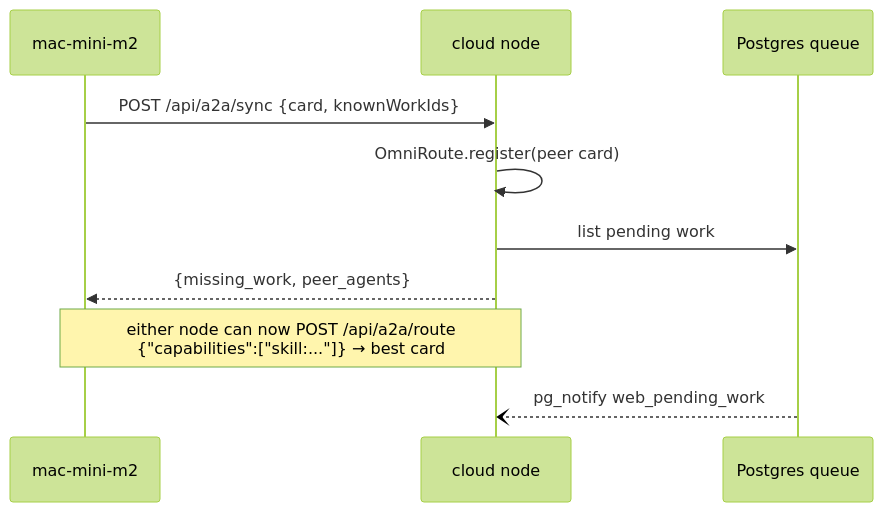
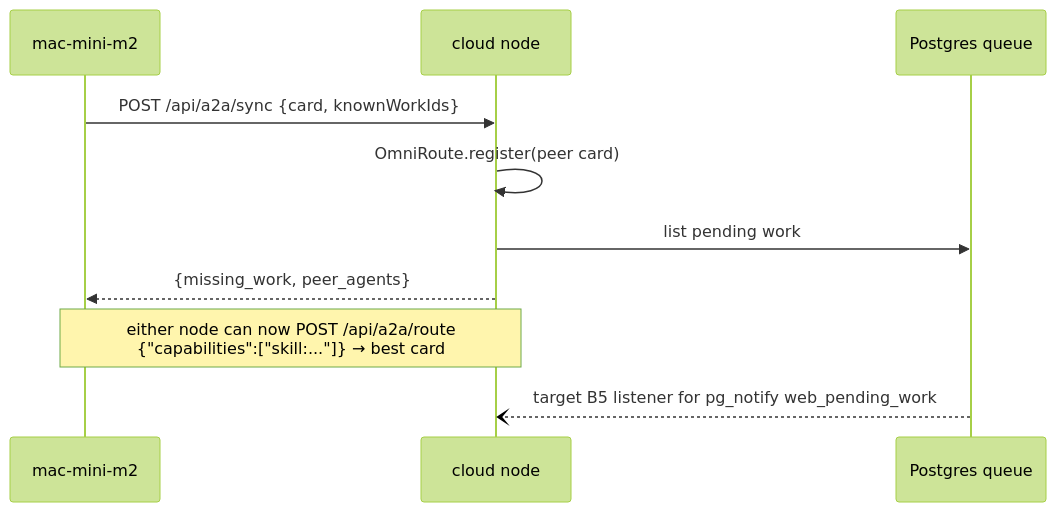
One commit to ton36475-lgtm/sirinx-co changed the fourth of 4 diagrams in SYSTEM_ARCHITECTURE.md. Above: the diagram before and after it, drawn with Mermaid (forest theme). The commit also changed other lines of this file and 3 other files, not shown here.

Commit message:
docs: align architecture authority with verified state

````diff
--- a/SYSTEM_ARCHITECTURE.md
+++ b/SYSTEM_ARCHITECTURE.md
@@ -83,12 +88,12 @@
 ```mermaid
 sequenceDiagram
     participant M as mac-mini-m2
     participant S as cloud node
     participant DB as Postgres queue
     M->>S: POST /api/a2a/sync {card, knownWorkIds}
     S->>S: OmniRoute.register(peer card)
     S->>DB: list pending work
     S-->>M: {missing_work, peer_agents}
     Note over M,S: either node can now POST /api/a2a/route<br/>{"capabilities":["skill:..."]} → best card
-    DB--)S: pg_notify web_pending_work
+    DB--)S: target B5 listener for pg_notify web_pending_work
 ```
````
